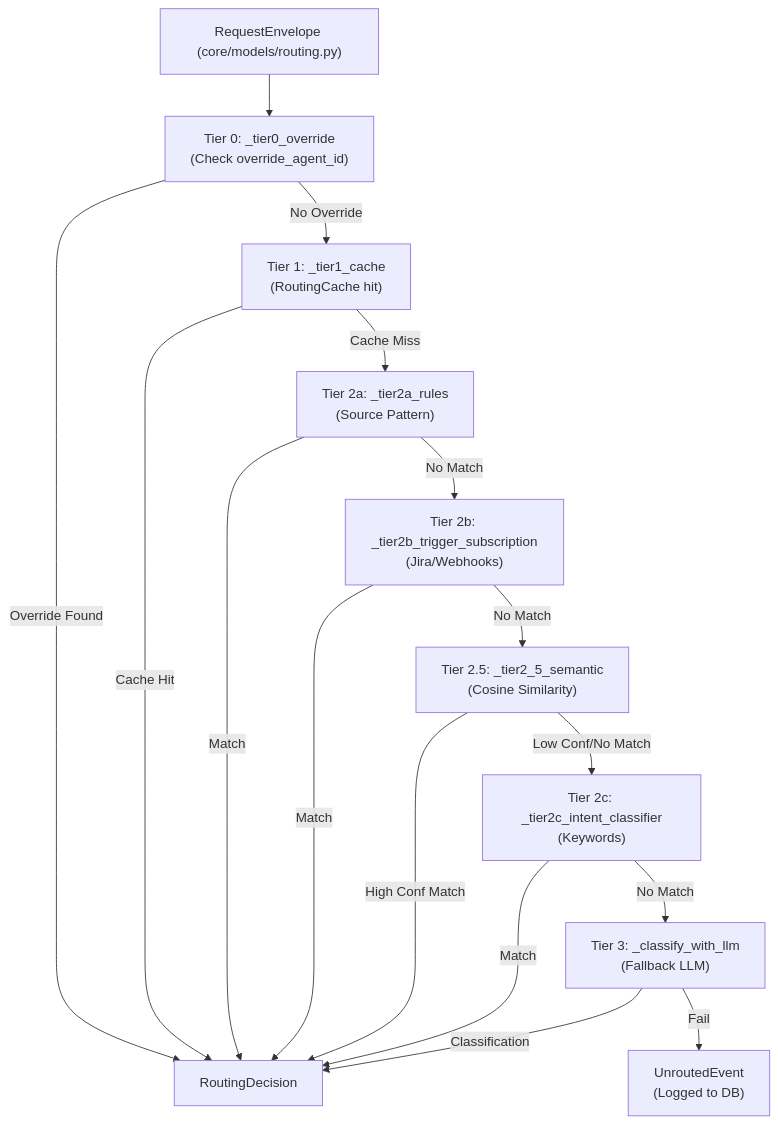
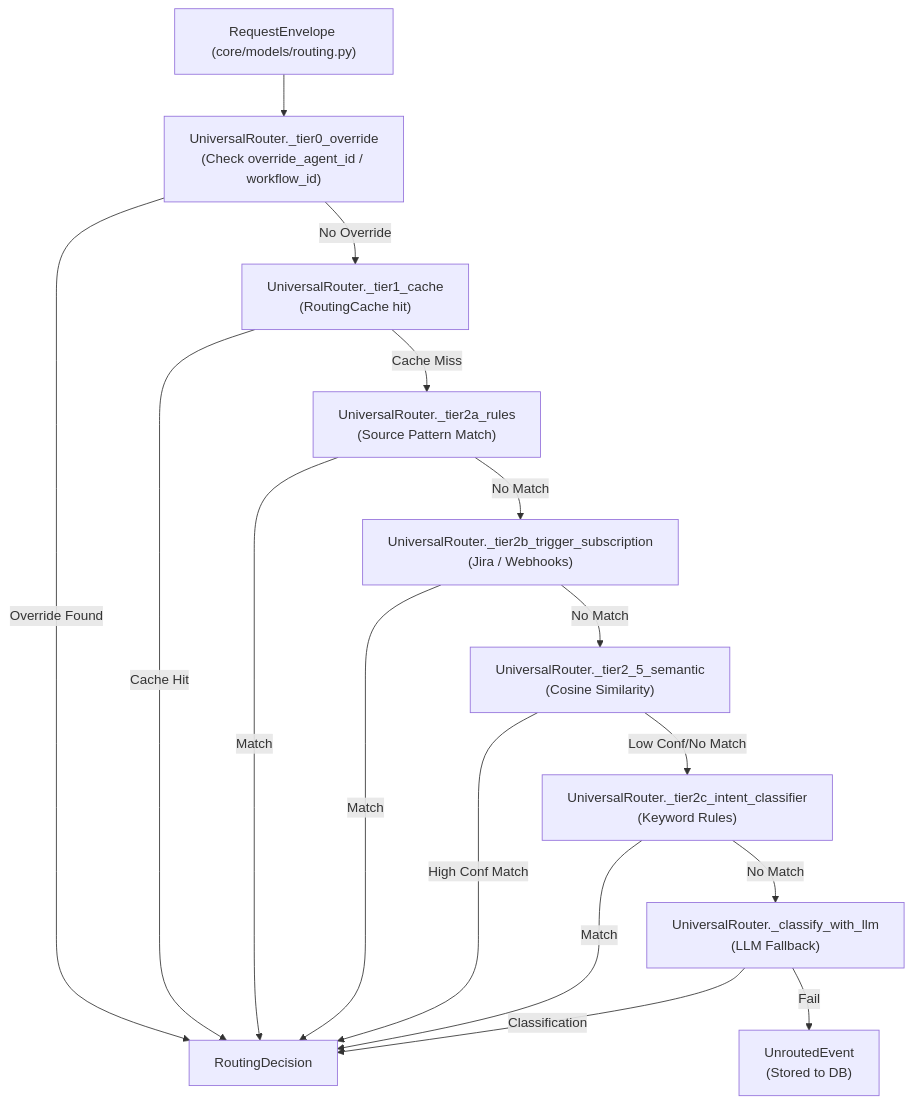
One commit to AutomatosAI/automatos-ai changed the first of 3 diagrams in docs/universal-router/tier-0-user-overrides.md. Above: the diagram before and after it, drawn with Mermaid. The commit also changed other lines of this file and 191 other files, not shown here.

````diff
--- a/docs/universal-router/tier-0-user-overrides.md
+++ b/docs/universal-router/tier-0-user-overrides.md
@@ -39,29 +43,29 @@
 ```mermaid
 graph TD
     Start["RequestEnvelope (core/models/routing.py)"]
-    T0["Tier 0: _tier0_override<br/>(Check override_agent_id)"]
-    T1["Tier 1: _tier1_cache<br/>(RoutingCache hit)"]
-    T2a["Tier 2a: _tier2a_rules<br/>(Source Pattern)"]
-    T2b["Tier 2b: _tier2b_trigger_subscription<br/>(Jira/Webhooks)"]
-    T2_5["Tier 2.5: _tier2_5_semantic<br/>(Cosine Similarity)"]
-    T2c["Tier 2c: _tier2c_intent_classifier<br/>(Keywords)"]
-    T3["Tier 3: _classify_with_llm<br/>(Fallback LLM)"]
+    T0["UniversalRouter._tier0_override<br/>(Check override_agent_id / workflow_id)"]
+    T1["UniversalRouter._tier1_cache<br/>(RoutingCache hit)"]
+    T2a["UniversalRouter._tier2a_rules<br/>(Source Pattern Match)"]
+    T2b["UniversalRouter._tier2b_trigger_subscription<br/>(Jira / Webhooks)"]
+    T2_5["UniversalRouter._tier2_5_semantic<br/>(Cosine Similarity)"]
+    T2c["UniversalRouter._tier2c_intent_classifier<br/>(Keyword Rules)"]
+    T3["UniversalRouter._classify_with_llm<br/>(LLM Fallback)"]
     Decision["RoutingDecision"]
-    NoRoute["UnroutedEvent<br/>(Logged to DB)"]
+    NoRoute["UnroutedEvent<br/>(Stored to DB)"]
     
     Start --> T0
     T0 -->|"Override Found"| Decision
     T0 -->|"No Override"| T1
     T1 -->|"Cache Hit"| Decision
     T1 -->|"Cache Miss"| T2a
     T2a -->|"Match"| Decision
     T2a -->|"No Match"| T2b
     T2b -->|"Match"| Decision
     T2b -->|"No Match"| T2_5
     T2_5 -->|"High Conf Match"| Decision
     T2_5 -->|"Low Conf/No Match"| T2c
     T2c -->|"Match"| Decision
     T2c -->|"No Match"| T3
     T3 -->|"Classification"| Decision
     T3 -->|"Fail"| NoRoute
 ```
````
